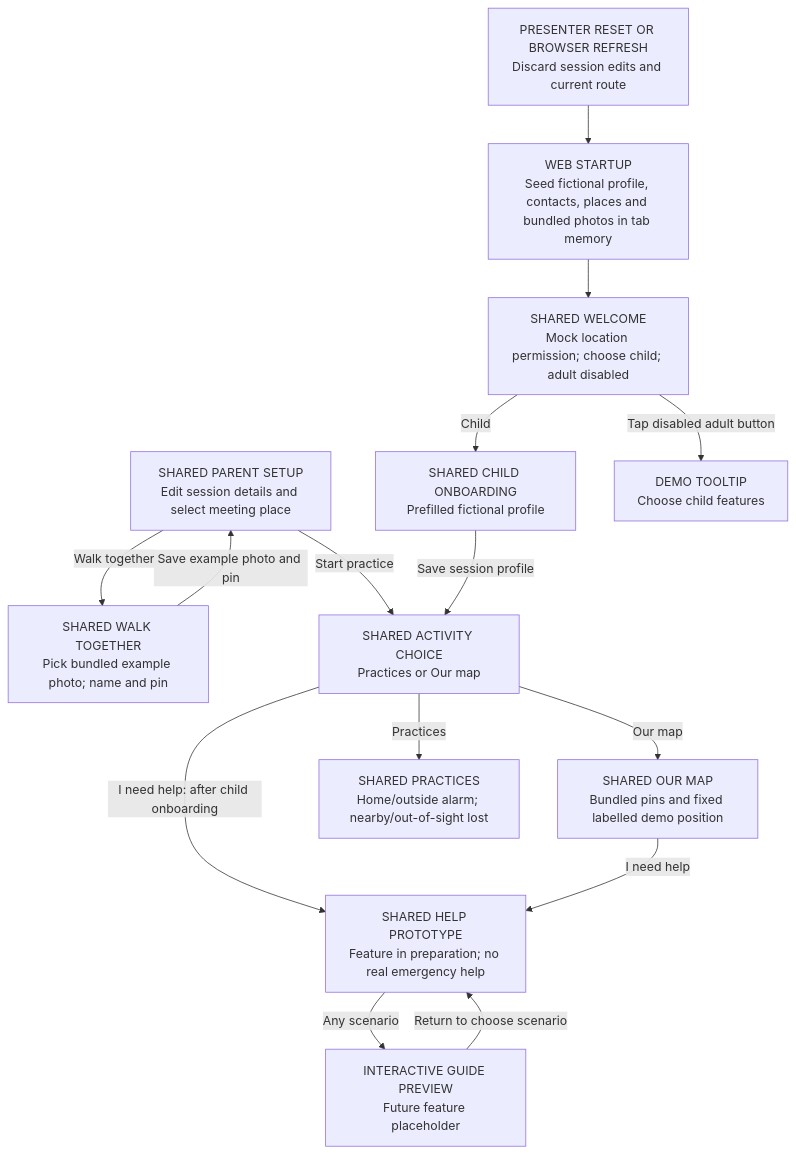
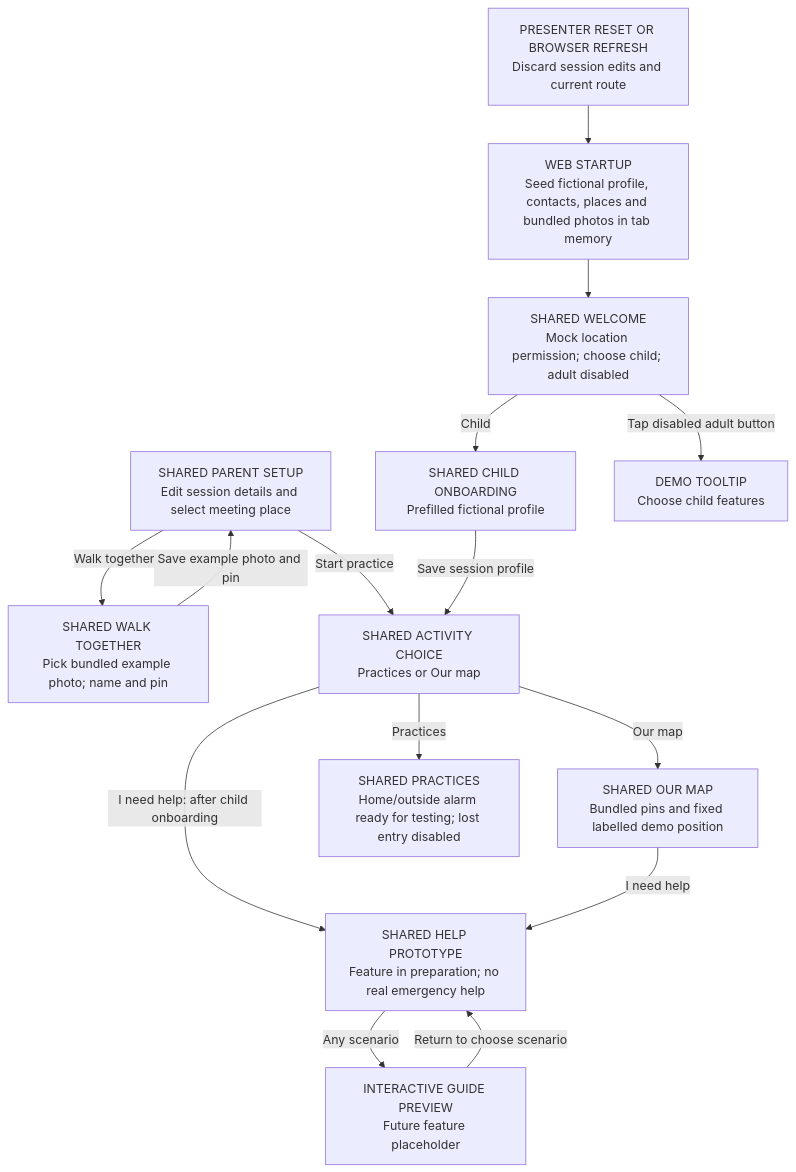
One commit to Mighty683/hackyeah changed the second of 3 diagrams in docs/SCREEN_FLOW.md. Above: the diagram before and after it, drawn with Mermaid. The commit also changed other lines of this file and 32 other files, not shown here.

````diff
--- a/docs/SCREEN_FLOW.md
+++ b/docs/SCREEN_FLOW.md
@@ -438,28 +440,28 @@
 ```mermaid
 flowchart TD
     WS["WEB STARTUP<br/>Seed fictional profile, contacts, places and bundled photos in tab memory"]
     WW["SHARED WELCOME<br/>Mock location permission; choose child; adult disabled"]
     WP["SHARED PARENT SETUP<br/>Edit session details and select meeting place"]
     WL["SHARED WALK TOGETHER<br/>Pick bundled example photo; name and pin"]
     WC["SHARED CHILD ONBOARDING<br/>Prefilled fictional profile"]
     WA["SHARED ACTIVITY CHOICE<br/>Practices or Our map"]
     WM["SHARED OUR MAP<br/>Bundled pins and fixed labelled demo position"]
-    WT["SHARED PRACTICES<br/>Home/outside alarm; nearby/out-of-sight lost"]
+    WT["SHARED PRACTICES<br/>Home/outside alarm ready for testing; lost entry disabled"]
     WH["SHARED HELP PROTOTYPE<br/>Feature in preparation; no real emergency help"]
     WG["INTERACTIVE GUIDE PREVIEW<br/>Future feature placeholder"]
     WR["PRESENTER RESET OR BROWSER REFRESH<br/>Discard session edits and current route"]
     WS --> WW
     WW -->|Tap disabled adult button| WD["DEMO TOOLTIP<br/>Choose child features"]
     WP -->|Walk together| WL
     WL -->|Save example photo and pin| WP
     WP -->|Start practice| WA
     WW -->|Child| WC
     WC -->|Save session profile| WA
     WA -->|Our map| WM
     WA -->|Practices| WT
     WA -->|I need help: after child onboarding| WH
     WM -->|I need help| WH
     WH -->|Any scenario| WG
     WG -->|Return to choose scenario| WH
     WR --> WS
 ```
````
